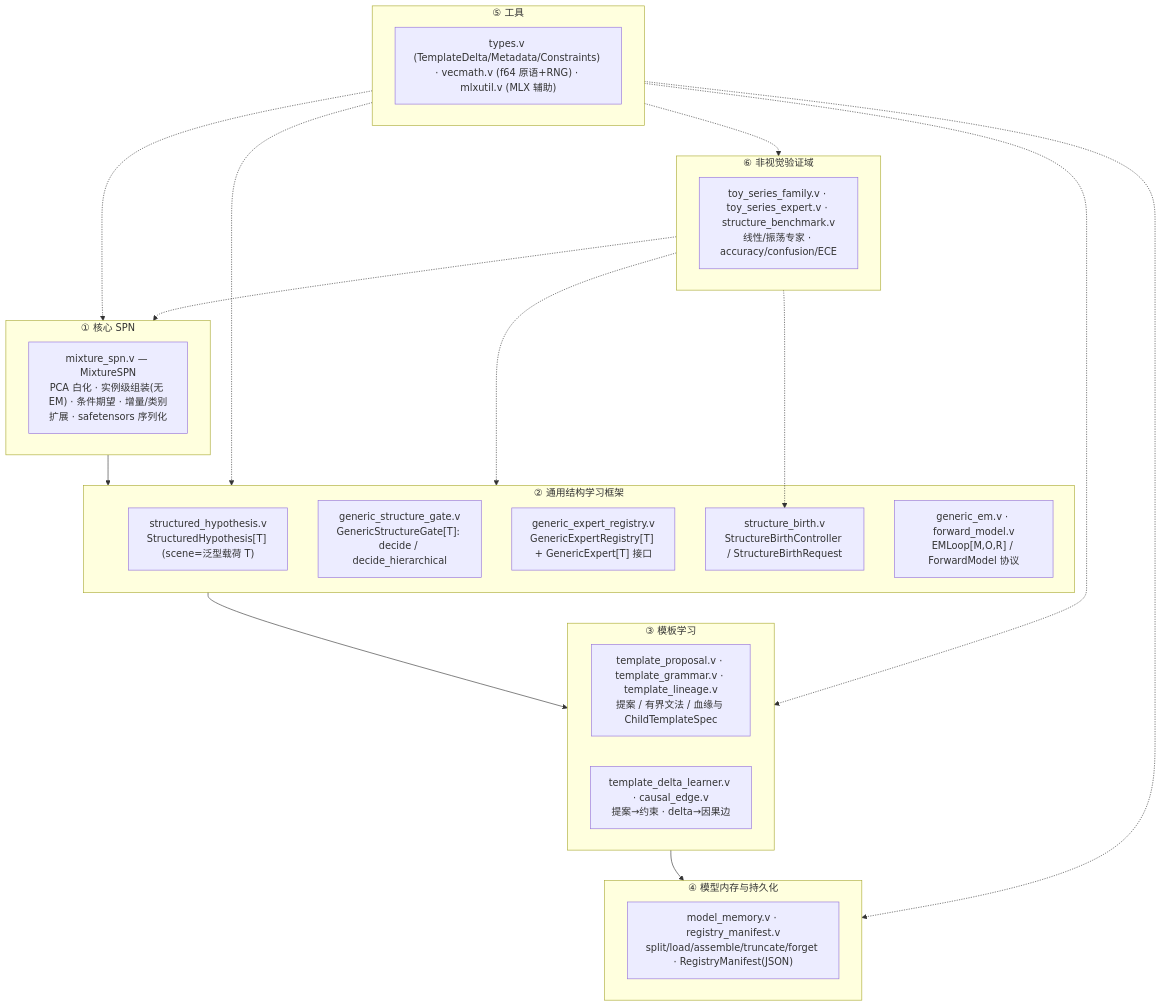
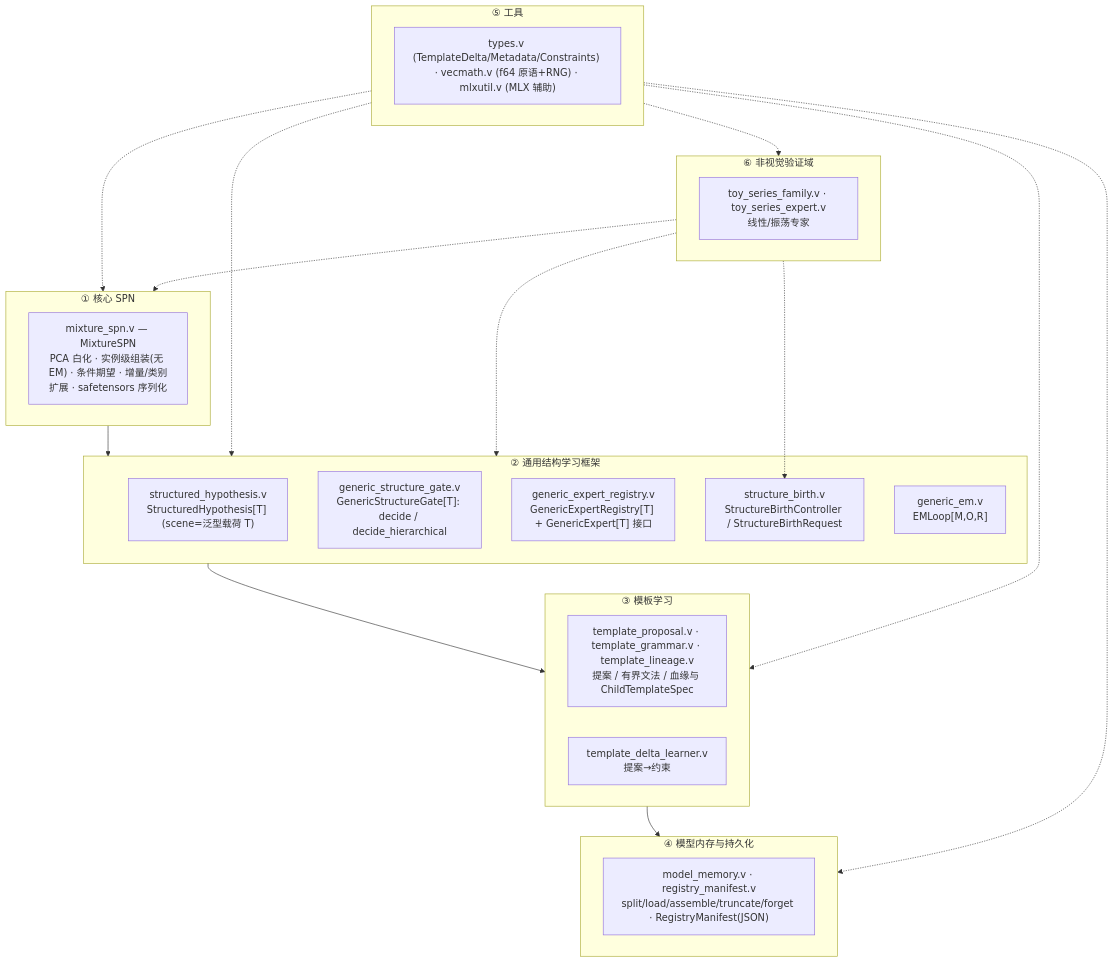
One commit to aki-xavier/conger changed the first of 2 diagrams in docs/architecture.md. Above: the diagram before and after it, drawn with Mermaid. The commit also changed other lines of this file and 13 other files, not shown here.

````diff
--- a/docs/architecture.md
+++ b/docs/architecture.md
@@ -19,29 +19,29 @@
 ```mermaid
 flowchart TD
     subgraph L1["① 核心 SPN"]
         A["mixture_spn.v — MixtureSPN<br/>PCA 白化 · 实例级组装(无 EM) · 条件期望 · 增量/类别扩展 · safetensors 序列化"]
     end
     subgraph L2["② 通用结构学习框架"]
         B["structured_hypothesis.v<br/>StructuredHypothesis[T] (scene=泛型载荷 T)"]
         C["generic_structure_gate.v<br/>GenericStructureGate[T]: decide / decide_hierarchical"]
         D["generic_expert_registry.v<br/>GenericExpertRegistry[T] + GenericExpert[T] 接口"]
         E["structure_birth.v<br/>StructureBirthController / StructureBirthRequest"]
-        F["generic_em.v · forward_model.v<br/>EMLoop[M,O,R] / ForwardModel 协议"]
+        F["generic_em.v<br/>EMLoop[M,O,R]"]
     end
     subgraph L3["③ 模板学习"]
         G["template_proposal.v · template_grammar.v · template_lineage.v<br/>提案 / 有界文法 / 血缘与 ChildTemplateSpec"]
-        H["template_delta_learner.v · causal_edge.v<br/>提案→约束 · delta→因果边"]
+        H["template_delta_learner.v<br/>提案→约束"]
     end
     subgraph L4["④ 模型内存与持久化"]
         I["model_memory.v · registry_manifest.v<br/>split/load/assemble/truncate/forget · RegistryManifest(JSON)"]
     end
     subgraph L5["⑤ 工具"]
         J["types.v (TemplateDelta/Metadata/Constraints) · vecmath.v (f64 原语+RNG) · mlxutil.v (MLX 辅助)"]
     end
     subgraph L6["⑥ 非视觉验证域"]
-        K["toy_series_family.v · toy_series_expert.v · structure_benchmark.v<br/>线性/振荡专家 · accuracy/confusion/ECE"]
+        K["toy_series_family.v · toy_series_expert.v<br/>线性/振荡专家"]
     end
     L1 --> L2 --> L3 --> L4
     L5 -.-> L1 & L2 & L3 & L4 & L6
     L6 -.-> L1 & L2 & E
 ```
````
